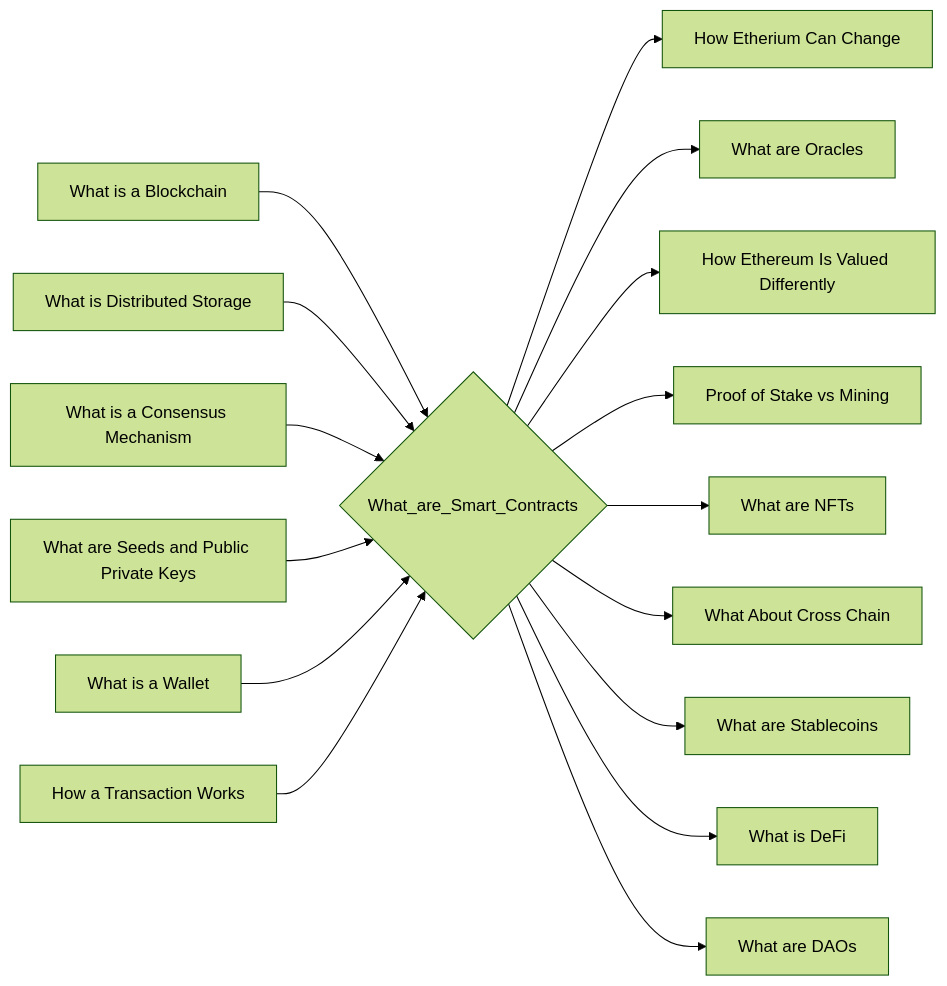
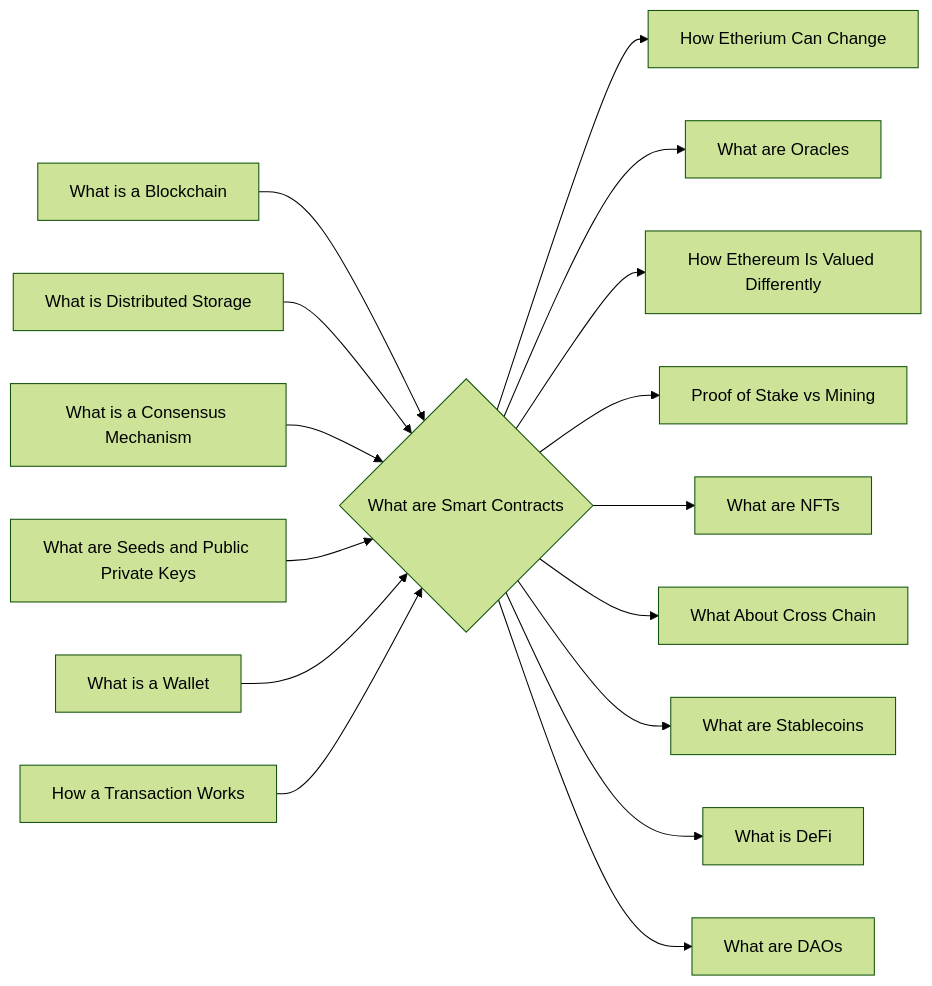
One commit to lpurdy01/crypto-knowledge-map changed the diagram in notes/What_are_Smart_Contracts.md. Above: the diagram before and after it, drawn with Mermaid (forest theme). The commit also changed 58 other files, not shown here.

````diff
--- a/notes/What_are_Smart_Contracts.md
+++ b/notes/What_are_Smart_Contracts.md
@@ -21,18 +21,18 @@
 ```mermaid
 graph LR
-1["What is a Blockchain"]-->0{"What_are_Smart_Contracts"}
-2["What is Distributed Storage"]-->0{"What_are_Smart_Contracts"}
-3["What is a Consensus Mechanism"]-->0{"What_are_Smart_Contracts"}
-4["What are Seeds and Public Private Keys"]-->0{"What_are_Smart_Contracts"}
-5["What is a Wallet"]-->0{"What_are_Smart_Contracts"}
-6["How a Transaction Works"]-->0{"What_are_Smart_Contracts"}
-0{"What_are_Smart_Contracts"}-->7["How Etherium Can Change"]
-0{"What_are_Smart_Contracts"}-->8["What are Oracles"]
-0{"What_are_Smart_Contracts"}-->9["How Ethereum Is Valued Differently"]
-0{"What_are_Smart_Contracts"}-->10["Proof of Stake vs Mining"]
-0{"What_are_Smart_Contracts"}-->11["What are NFTs"]
-0{"What_are_Smart_Contracts"}-->12["What About Cross Chain"]
-0{"What_are_Smart_Contracts"}-->13["What are Stablecoins"]
-0{"What_are_Smart_Contracts"}-->14["What is DeFi"]
-0{"What_are_Smart_Contracts"}-->15["What are DAOs"]
+1["What is a Blockchain"]-->0{"What are Smart Contracts"}
+2["What is Distributed Storage"]-->0{"What are Smart Contracts"}
+3["What is a Consensus Mechanism"]-->0{"What are Smart Contracts"}
+4["What are Seeds and Public Private Keys"]-->0{"What are Smart Contracts"}
+5["What is a Wallet"]-->0{"What are Smart Contracts"}
+6["How a Transaction Works"]-->0{"What are Smart Contracts"}
+0{"What are Smart Contracts"}-->7["How Etherium Can Change"]
+0{"What are Smart Contracts"}-->8["What are Oracles"]
+0{"What are Smart Contracts"}-->9["How Ethereum Is Valued Differently"]
+0{"What are Smart Contracts"}-->10["Proof of Stake vs Mining"]
+0{"What are Smart Contracts"}-->11["What are NFTs"]
+0{"What are Smart Contracts"}-->12["What About Cross Chain"]
+0{"What are Smart Contracts"}-->13["What are Stablecoins"]
+0{"What are Smart Contracts"}-->14["What is DeFi"]
+0{"What are Smart Contracts"}-->15["What are DAOs"]
 ```
````
